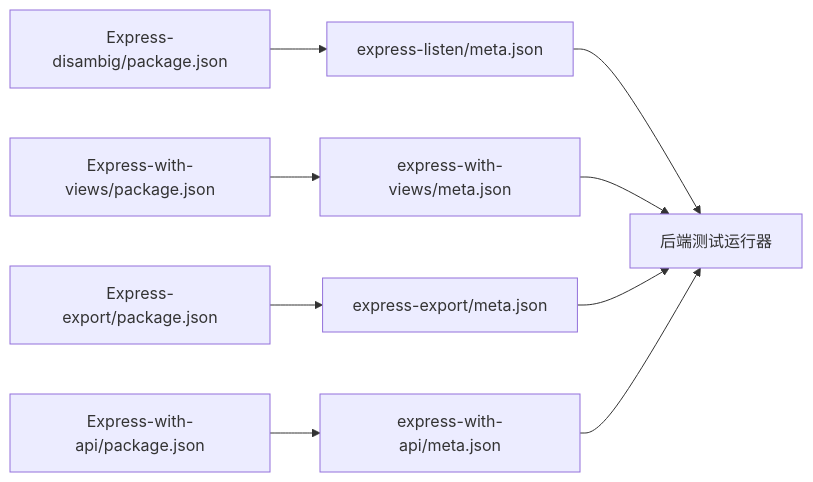
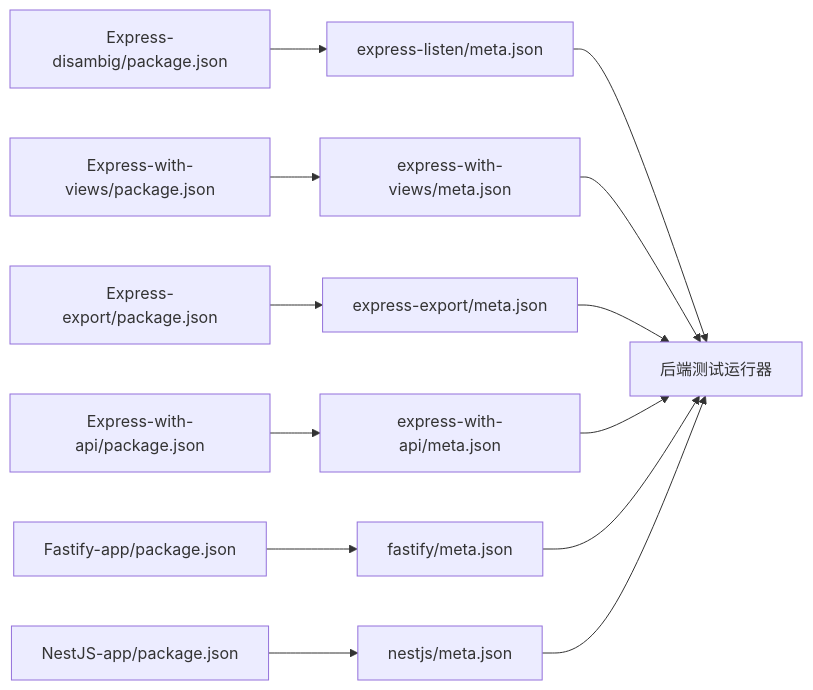
One commit to esa-sp/test-for-aone-ci changed the eighth of 8 diagrams in .qoder/repowiki/zh/content/后端框架测试/后端框架测试.md. Above: the diagram before and after it, drawn with Mermaid. The commit also changed other lines of this file and 119 other files, not shown here.

````diff
--- a/.qoder/repowiki/zh/content/后端框架测试/后端框架测试.md
+++ b/.qoder/repowiki/zh/content/后端框架测试/后端框架测试.md
@@ -287,11 +260,15 @@
 ```mermaid
 graph LR
 P1["Express-disambig/package.json"] --> F1["express-listen/meta.json"]
 P2["Express-with-views/package.json"] --> F2["express-with-views/meta.json"]
 P3["Express-export/package.json"] --> F3["express-export/meta.json"]
 P4["Express-with-api/package.json"] --> F4["express-with-api/meta.json"]
+P5["Fastify-app/package.json"] --> F5["fastify/meta.json"]
+P6["NestJS-app/package.json"] --> F6["nestjs/meta.json"]
 F1 --> R["后端测试运行器"]
 F2 --> R
 F3 --> R
 F4 --> R
+F5 --> R
+F6 --> R
 ```
````
